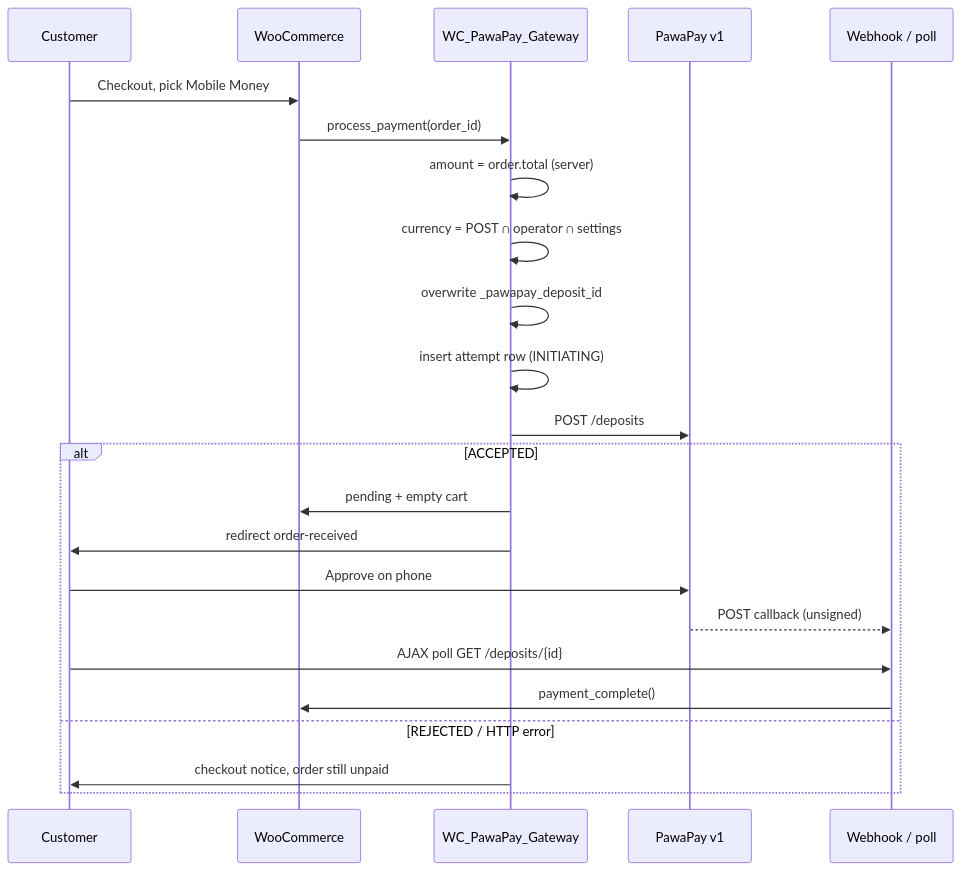
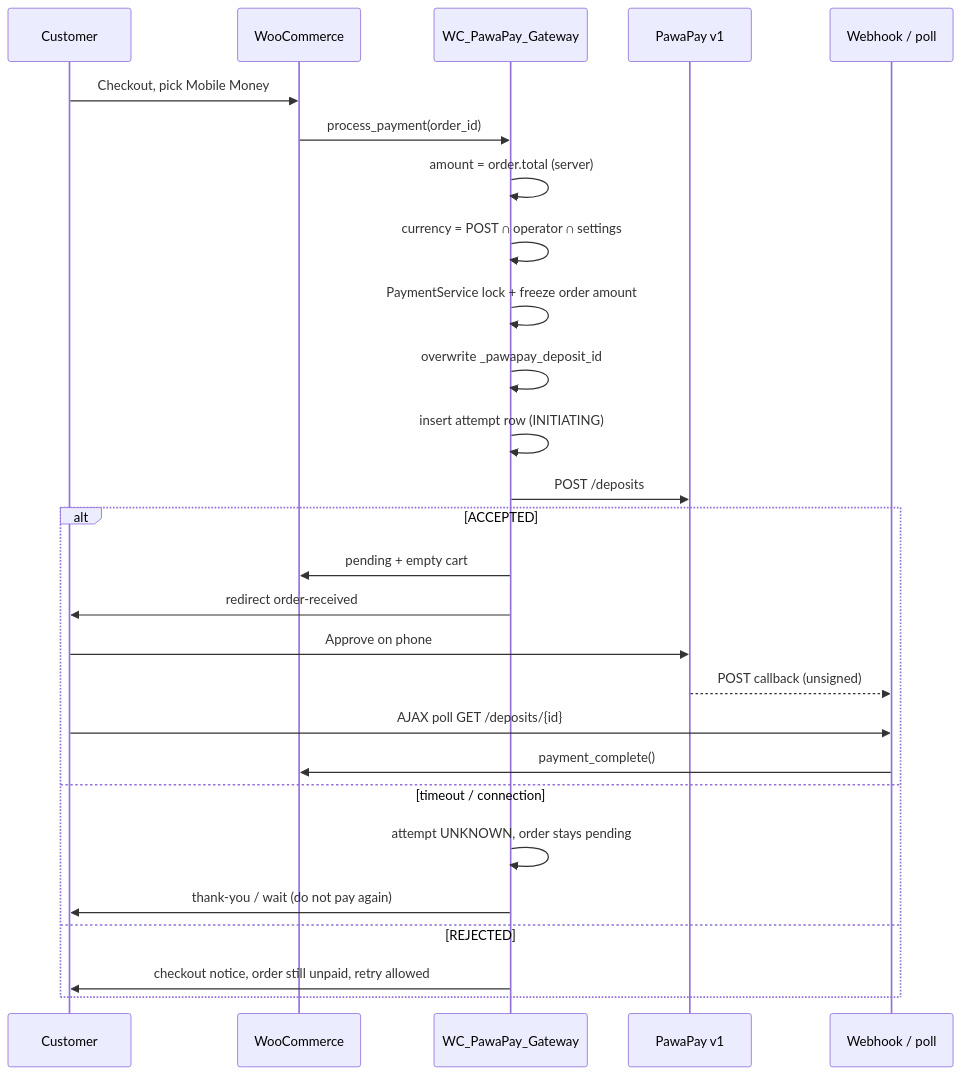
Before and after one commit to mmarcwabo/pawapay-woocommerce: the diagram in docs/architecture/payment-flow.md, drawn with Mermaid. The commit also changed other lines of this file and 18 other files, not shown here.

````diff
--- a/docs/architecture/payment-flow.md
+++ b/docs/architecture/payment-flow.md
@@ -7,26 +7,30 @@
 ```mermaid
 sequenceDiagram
     participant C as Customer
     participant Woo as WooCommerce
     participant G as WC_PawaPay_Gateway
     participant P as PawaPay v1
     participant W as Webhook / poll
 
     C->>Woo: Checkout, pick Mobile Money
     Woo->>G: process_payment(order_id)
     G->>G: amount = order.total (server)
     G->>G: currency = POST ∩ operator ∩ settings
+    G->>G: PaymentService lock + freeze order amount
     G->>G: overwrite _pawapay_deposit_id
     G->>G: insert attempt row (INITIATING)
     G->>P: POST /deposits
     alt ACCEPTED
         G->>Woo: pending + empty cart
         G->>C: redirect order-received
         C->>P: Approve on phone
         P-->>W: POST callback (unsigned)
         C->>W: AJAX poll GET /deposits/{id}
         W->>Woo: payment_complete()
-    else REJECTED / HTTP error
-        G->>C: checkout notice, order still unpaid
+    else timeout / connection
+        G->>G: attempt UNKNOWN, order stays pending
+        G->>C: thank-you / wait (do not pay again)
+    else REJECTED
+        G->>C: checkout notice, order still unpaid, retry allowed
     end
 ```
````
